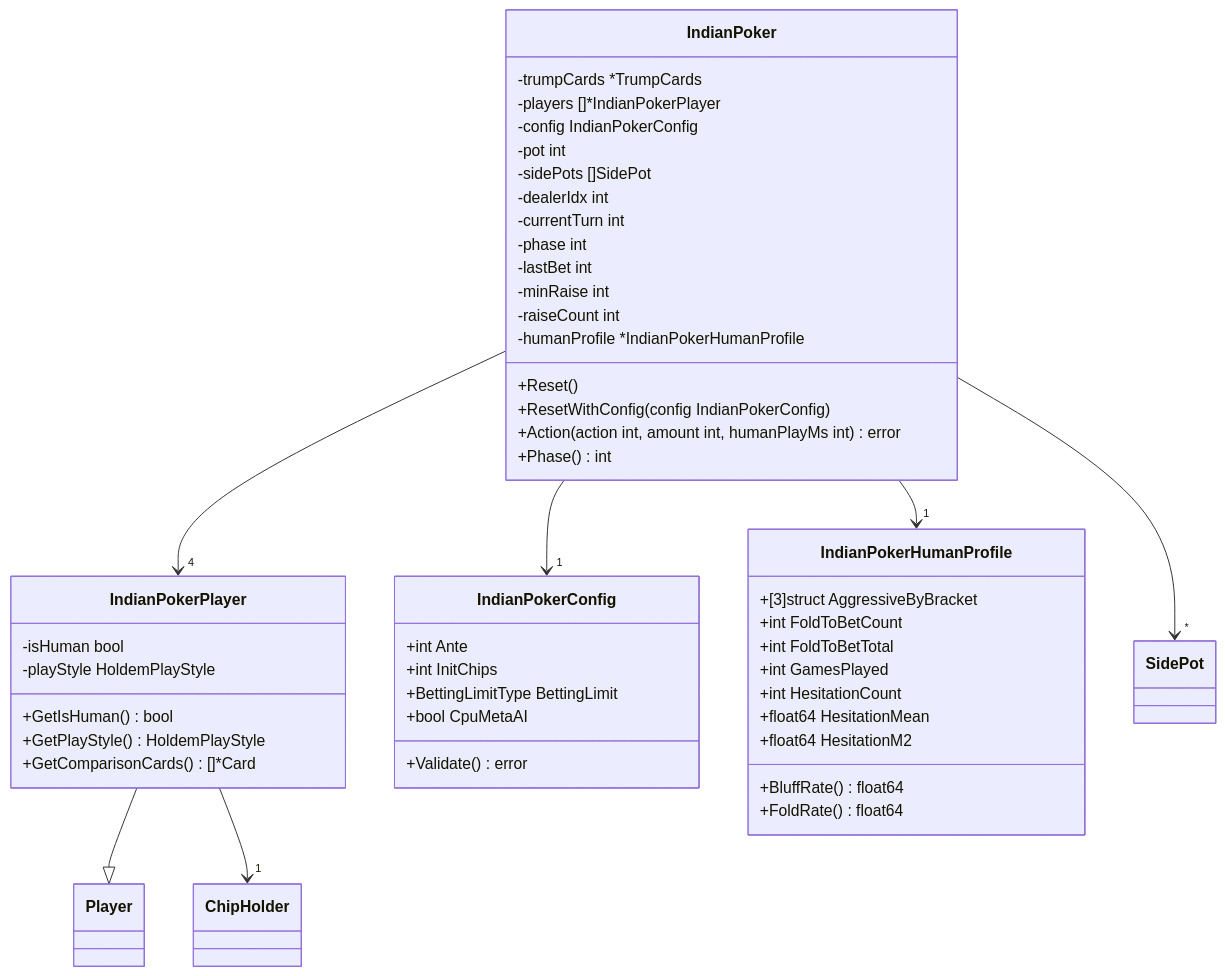
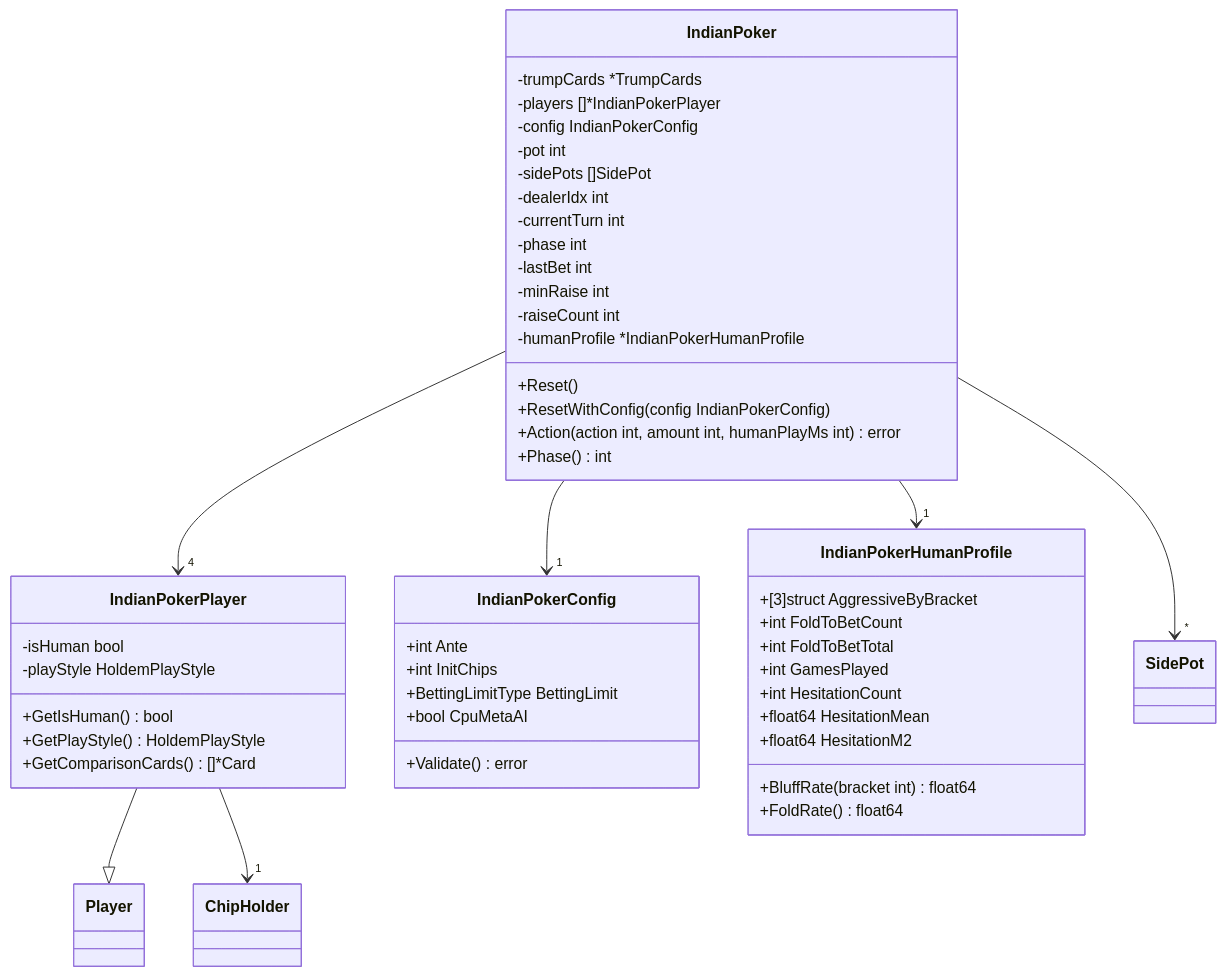
Before and after one commit to yuta-yoshinaga/go_trumpcards: the fifth of 35 diagrams in docs/design/backend.md, drawn with Mermaid. The commit also changed 1 other file, not shown here.

Commit message:
docs: fix BluffRate signature and add Doubt to phases sync comment
- Fix IndianPokerHumanProfile.BluffRate() → BluffRate(bracket int) float64
  to match actual method signature in IndianPokerHumanProfile.go:131
- Add missing Doubt game entry to phases.ts sync reference comment

````diff
--- a/docs/design/backend.md
+++ b/docs/design/backend.md
@@ -456,56 +456,56 @@
 ```mermaid
 classDiagram
     class IndianPoker {
         -trumpCards *TrumpCards
         -players []*IndianPokerPlayer
         -config IndianPokerConfig
         -pot int
         -sidePots []SidePot
         -dealerIdx int
         -currentTurn int
         -phase int
         -lastBet int
         -minRaise int
         -raiseCount int
         -humanProfile *IndianPokerHumanProfile
         +Reset()
         +ResetWithConfig(config IndianPokerConfig)
         +Action(action int, amount int, humanPlayMs int) error
         +Phase() int
     }
 
     class IndianPokerPlayer {
         -isHuman bool
         -playStyle HoldemPlayStyle
         +GetIsHuman() bool
         +GetPlayStyle() HoldemPlayStyle
         +GetComparisonCards() []*Card
     }
 
     class IndianPokerConfig {
         +int Ante
         +int InitChips
         +BettingLimitType BettingLimit
         +bool CpuMetaAI
         +Validate() error
     }
 
     class IndianPokerHumanProfile {
         +[3]struct AggressiveByBracket
         +int FoldToBetCount
         +int FoldToBetTotal
         +int GamesPlayed
         +int HesitationCount
         +float64 HesitationMean
         +float64 HesitationM2
-        +BluffRate() float64
+        +BluffRate(bracket int) float64
         +FoldRate() float64
     }
 
     IndianPoker --> "4" IndianPokerPlayer
     IndianPoker --> "1" IndianPokerConfig
     IndianPoker --> "*" SidePot
     IndianPoker --> "1" IndianPokerHumanProfile
     IndianPokerPlayer --|> Player
     IndianPokerPlayer --> "1" ChipHolder
 ```
````
